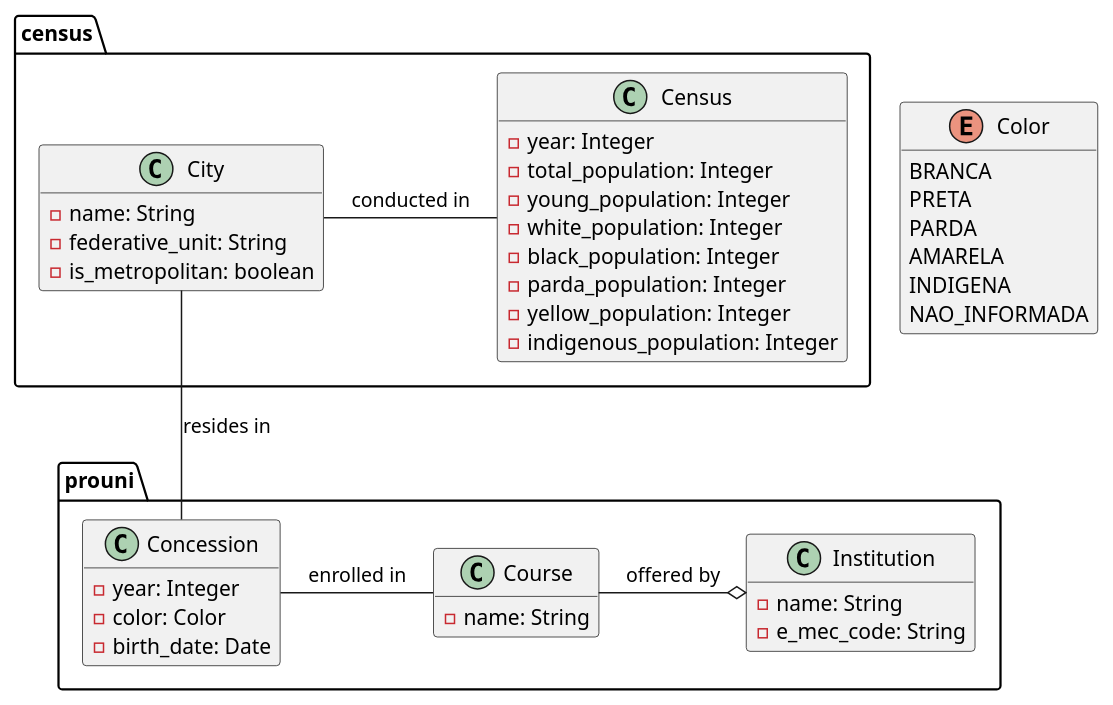
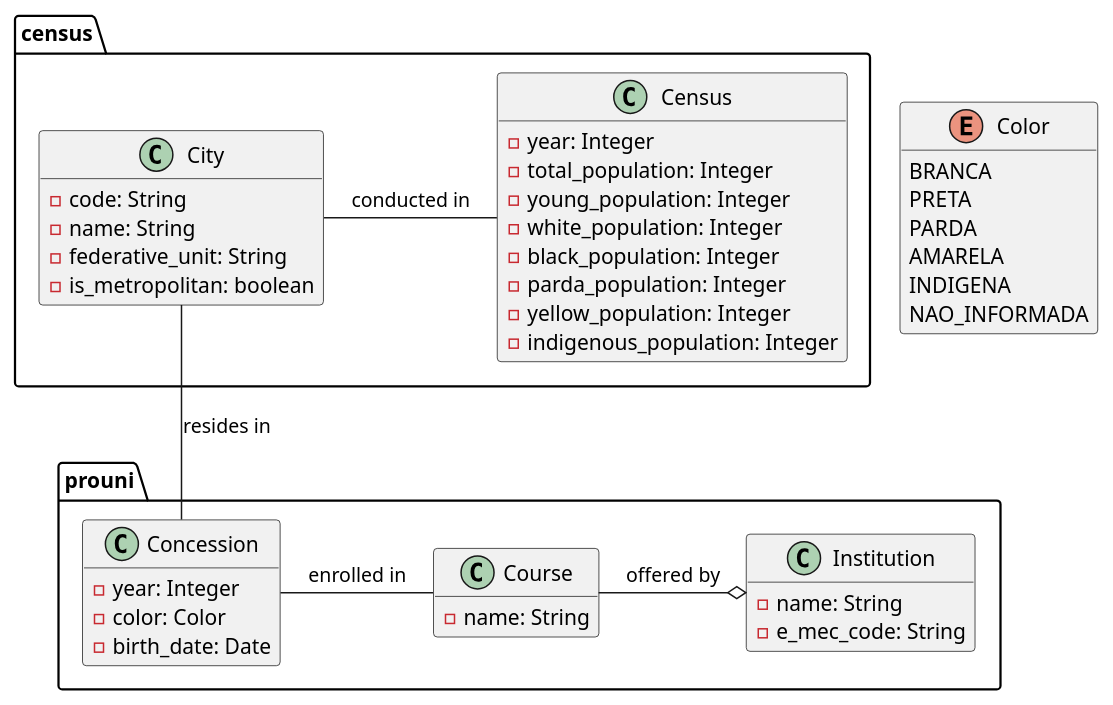
The diagram in database/class_diagram.plantuml (TortinhasQuixotescas/dcc166_trabalho_3), drawn with PlantUML before and after one commit. The commit also changed 4 other files, not shown here.

```diff
--- a/database/class_diagram.plantuml
+++ b/database/class_diagram.plantuml
@@ -1,58 +1,59 @@
-@startuml bakery
+@startuml prouni
 
 hide empty members
 
 namespace census {
 
     class City {
+        - code: String
         - name: String
         - federative_unit: String
         - is_metropolitan: boolean
     }
 
     class Census{
         - year: Integer
         - total_population: Integer
         - young_population: Integer
         - white_population: Integer
         - black_population: Integer
         - parda_population: Integer
         - yellow_population: Integer
         - indigenous_population: Integer
     }
     Census -l- City : "conducted in"
 
 }
 
 enum Color {
     BRANCA
     PRETA
     PARDA
     AMARELA
     INDIGENA
     NAO_INFORMADA
 }
 
 namespace prouni {
 
     class Institution {
         - name: String
         - e_mec_code: String
     }
 
     class Course {
         - name: String
     }
     Course -o Institution : "offered by"
 
     class Concession {
         - year: Integer
         - color: Color
         - birth_date: Date
     }
     Concession -u- City : "resides in"
     Concession - Course : "enrolled in"
 
 }
 
 @enduml
```
